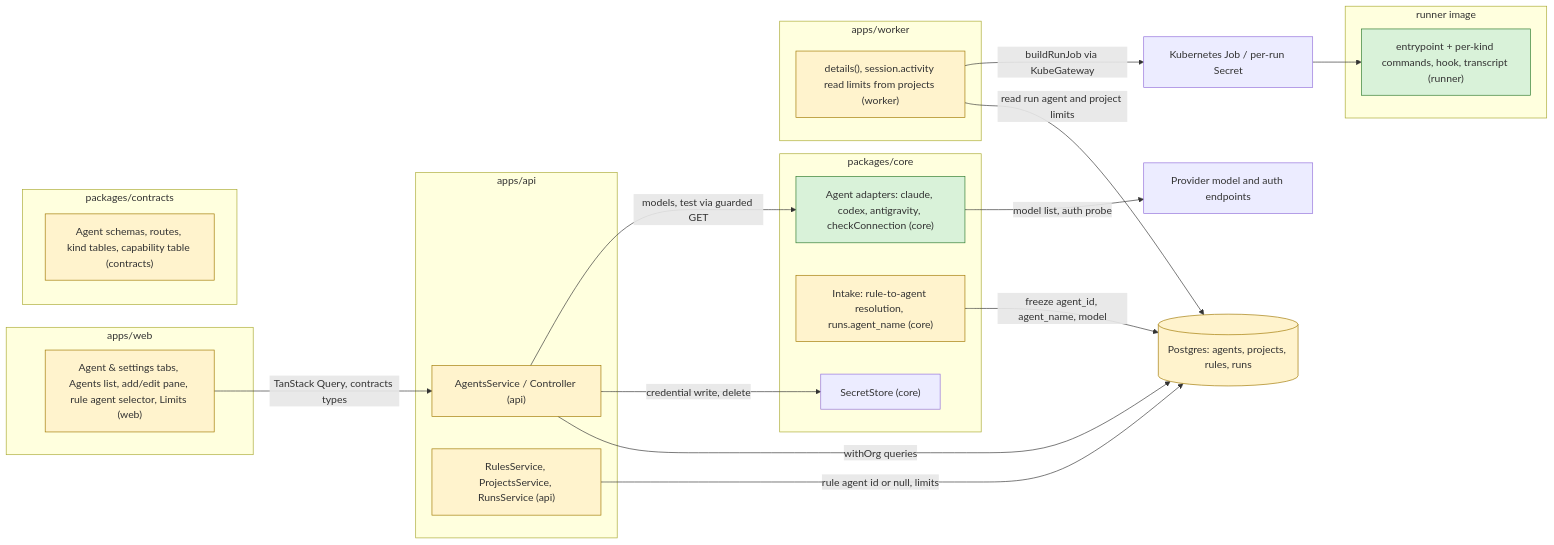
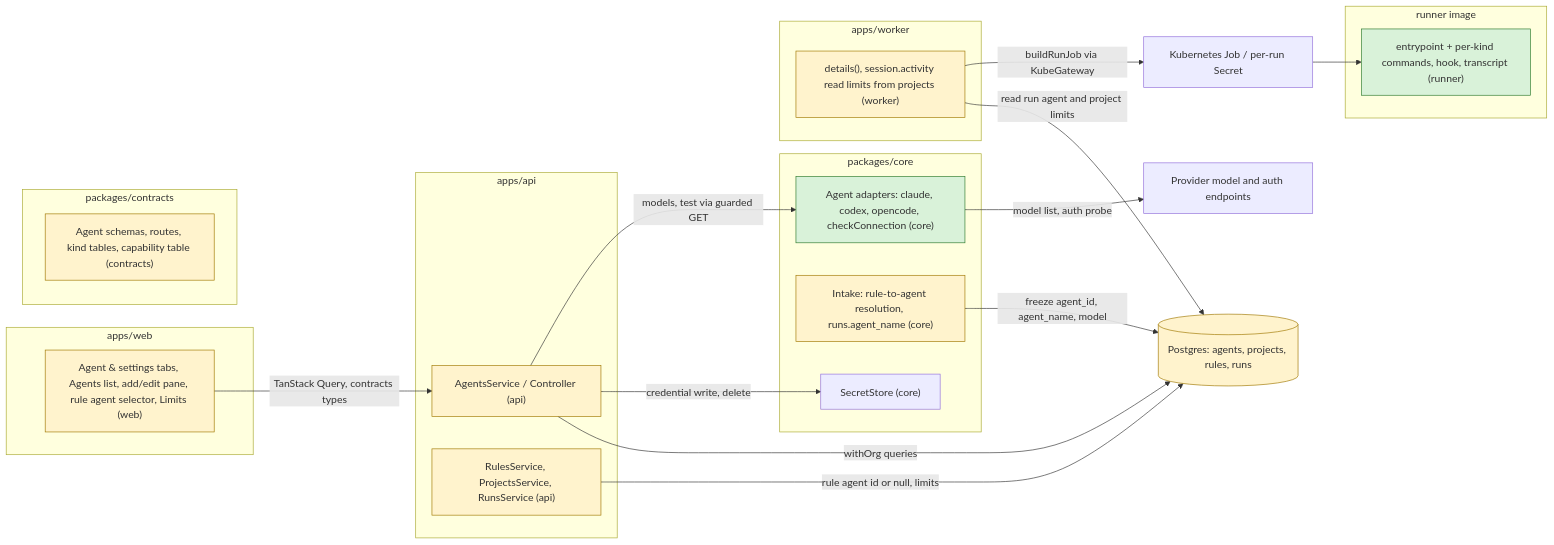
Before and after one commit to haicanhdieu/agent-desk: the first of 2 diagrams in docs/superpowers/specs/2026-11-24-multi-agent-configs-design.md, drawn with Mermaid. The commit also changed other lines of this file and 42 other files, not shown here.

````diff
--- a/docs/superpowers/specs/2026-11-24-multi-agent-configs-design.md
+++ b/docs/superpowers/specs/2026-11-24-multi-agent-configs-design.md
@@ -194,41 +202,41 @@
 ```mermaid
 flowchart LR
     subgraph web["apps/web"]
         UI["Agent & settings tabs, Agents list, add/edit pane, rule agent selector, Limits (web)"]
     end
     subgraph contracts["packages/contracts"]
         CT["Agent schemas, routes, kind tables, capability table (contracts)"]
     end
     subgraph api["apps/api"]
         AS["AgentsService / Controller (api)"]
         RS["RulesService, ProjectsService, RunsService (api)"]
     end
     subgraph core["packages/core"]
-        AD["Agent adapters: claude, codex, antigravity, checkConnection (core)"]
+        AD["Agent adapters: claude, codex, opencode, checkConnection (core)"]
         IN["Intake: rule-to-agent resolution, runs.agent_name (core)"]
         SS["SecretStore (core)"]
     end
     subgraph worker["apps/worker"]
         WK["details(), session.activity read limits from projects (worker)"]
     end
     subgraph runner["runner image"]
         RN["entrypoint + per-kind commands, hook, transcript (runner)"]
     end
     PG[("Postgres: agents, projects, rules, runs")]
     K8S["Kubernetes Job / per-run Secret"]
     PROV["Provider model and auth endpoints"]
     UI -->|"TanStack Query, contracts types"| AS
     AS -->|"withOrg queries"| PG
     AS -->|"credential write, delete"| SS
     AS -->|"models, test via guarded GET"| AD
     AD -->|"model list, auth probe"| PROV
     RS -->|"rule agent id or null, limits"| PG
     IN -->|"freeze agent_id, agent_name, model"| PG
     WK -->|"read run agent and project limits"| PG
     WK -->|"buildRunJob via KubeGateway"| K8S
     K8S --> RN
     classDef new fill:#d9f2d9,stroke:#2d7a2d
     classDef changed fill:#fff3cd,stroke:#a07800
     class AD,RN new
     class UI,CT,AS,RS,IN,WK,PG changed
 ```
````
